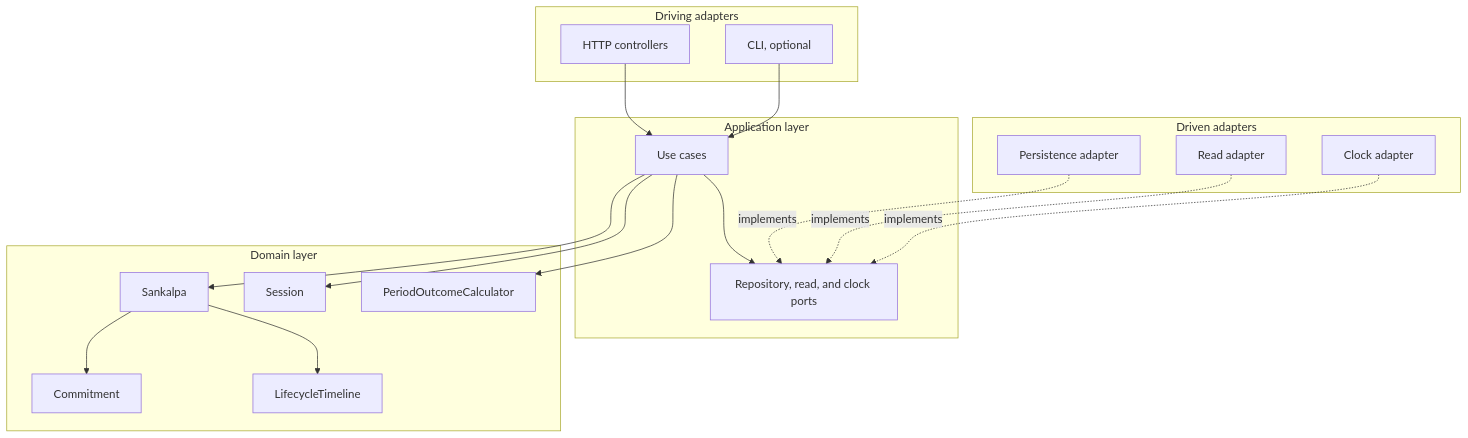
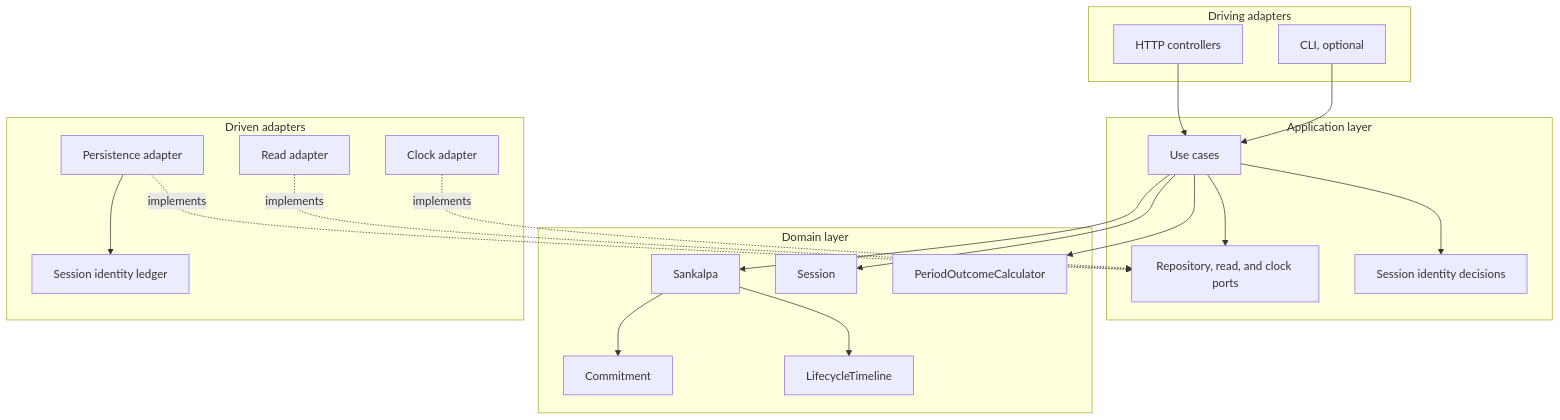
One commit to pswani/sankalpa changed the diagram in docs/architecture/ddd/README.md. Above: the diagram before and after it, drawn with Mermaid. The commit also changed other lines of this file and 64 other files, not shown here.

````diff
--- a/docs/architecture/ddd/README.md
+++ b/docs/architecture/ddd/README.md
@@ -34,38 +34,42 @@
 ```mermaid
 flowchart TB
   subgraph DRIVING["Driving adapters"]
     HTTP[HTTP controllers]
     CLI[CLI, optional]
   end
 
   subgraph APP["Application layer"]
     UC[Use cases]
     PORTS[Repository, read, and clock ports]
+    REL[Session identity decisions]
   end
 
   subgraph DOM["Domain layer"]
     S[Sankalpa]
     SE[Session]
     C[Commitment]
     L[LifecycleTimeline]
     O[PeriodOutcomeCalculator]
   end
 
   subgraph DRIVEN["Driven adapters"]
     DB[Persistence adapter]
+    LEDGER[Session identity ledger]
     READ[Read adapter]
     CLOCK[Clock adapter]
   end
 
   HTTP --> UC
   CLI --> UC
   UC --> S
   UC --> SE
   UC --> O
+  UC --> REL
   S --> C
   S --> L
   UC --> PORTS
   DB -.implements.-> PORTS
+  DB --> LEDGER
   READ -.implements.-> PORTS
   CLOCK -.implements.-> PORTS
 ```
````
